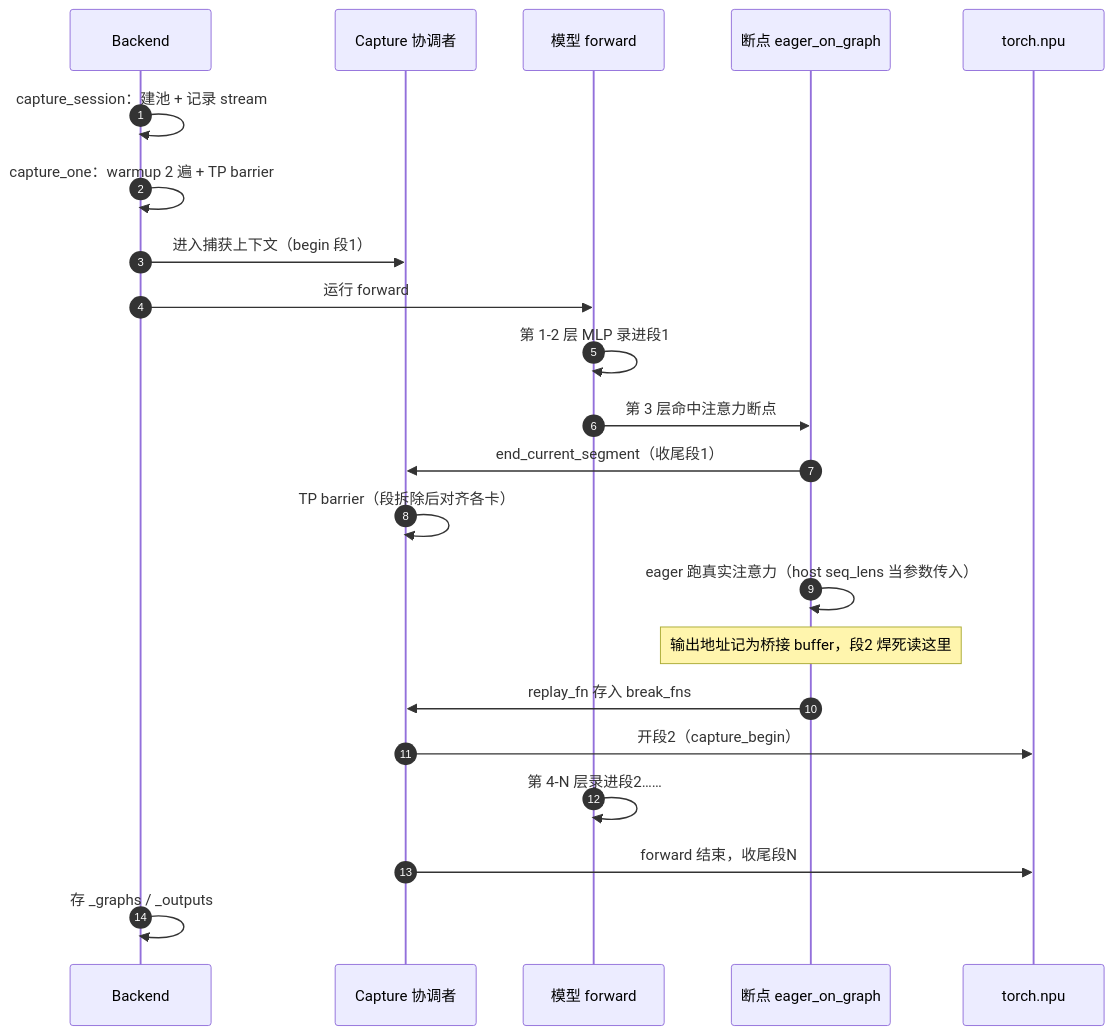
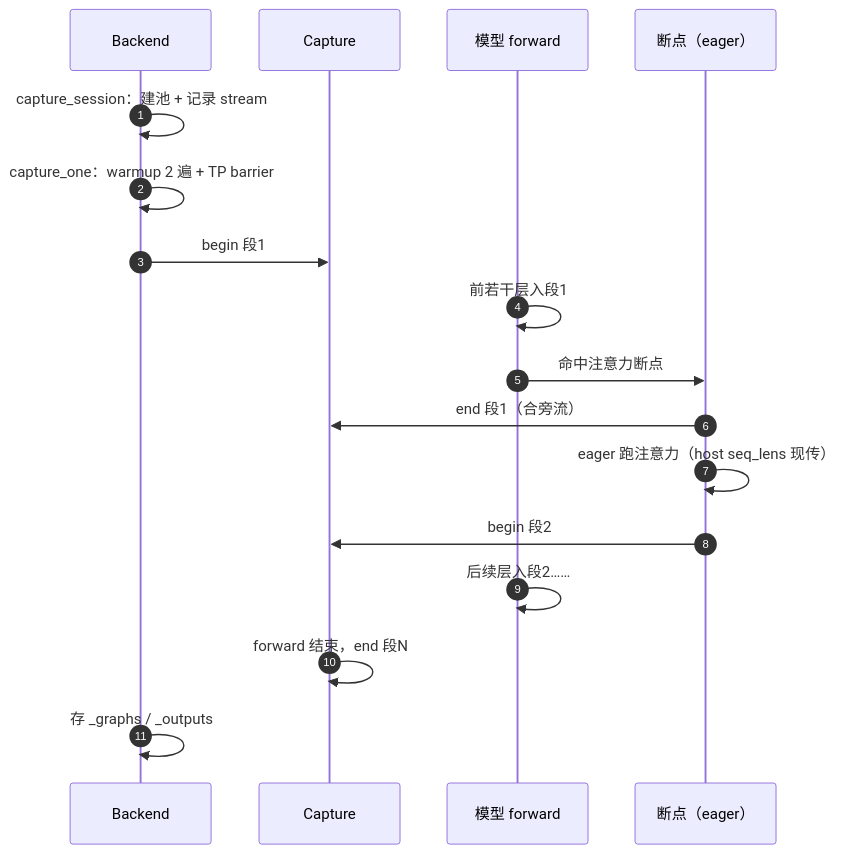
The fifth of 7 diagrams in FE/BreakableNPUGraphBackend设计方案/breakable_npu_graph_backend_design.md (kyrotiko/sglang-docs), drawn with Mermaid before and after one commit. The commit also changed other lines of this file, not shown here.

First line of the commit message:
docs: tighten the breakable NPU graph design doc

````diff
--- a/FE/BreakableNPUGraphBackend设计方案/breakable_npu_graph_backend_design.md
+++ b/FE/BreakableNPUGraphBackend设计方案/breakable_npu_graph_backend_design.md
@@ -216,25 +131,19 @@
 ```mermaid
 sequenceDiagram
     autonumber
     participant B as Backend
-    participant C as Capture 协调者
+    participant C as Capture
     participant F as 模型 forward
-    participant E as 断点 eager_on_graph
-    participant N as torch.npu
-
+    participant E as 断点（eager）
     B->>B: capture_session：建池 + 记录 stream
     B->>B: capture_one：warmup 2 遍 + TP barrier
-    B->>C: 进入捕获上下文（begin 段1）
-    B->>F: 运行 forward
-    F->>F: 第 1-2 层 MLP 录进段1
-    F->>E: 第 3 层命中注意力断点
-    E->>C: end_current_segment（收尾段1）
-    C->>C: TP barrier（段拆除后对齐各卡）
-    E->>E: eager 跑真实注意力（host seq_lens 当参数传入）
-    Note over E: 输出地址记为桥接 buffer，段2 焊死读这里
-    E->>C: replay_fn 存入 break_fns
-    C->>N: 开段2（capture_begin）
-    F->>F: 第 4-N 层录进段2……
-    C->>N: forward 结束，收尾段N
+    B->>C: begin 段1
+    F->>F: 前若干层入段1
+    F->>E: 命中注意力断点
+    E->>C: end 段1（合旁流）
+    E->>E: eager 跑注意力（host seq_lens 现传）
+    E->>C: begin 段2
+    F->>F: 后续层入段2……
+    C->>C: forward 结束，end 段N
     B->>B: 存 _graphs / _outputs
 ```
````
